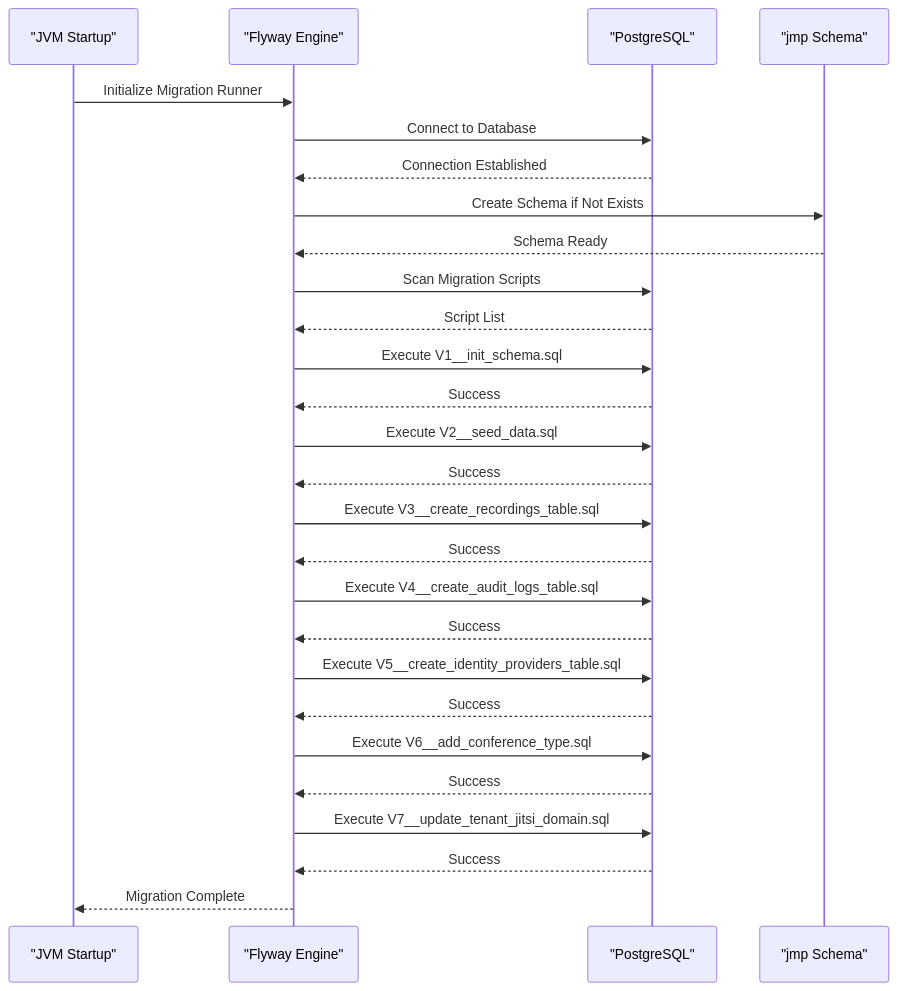
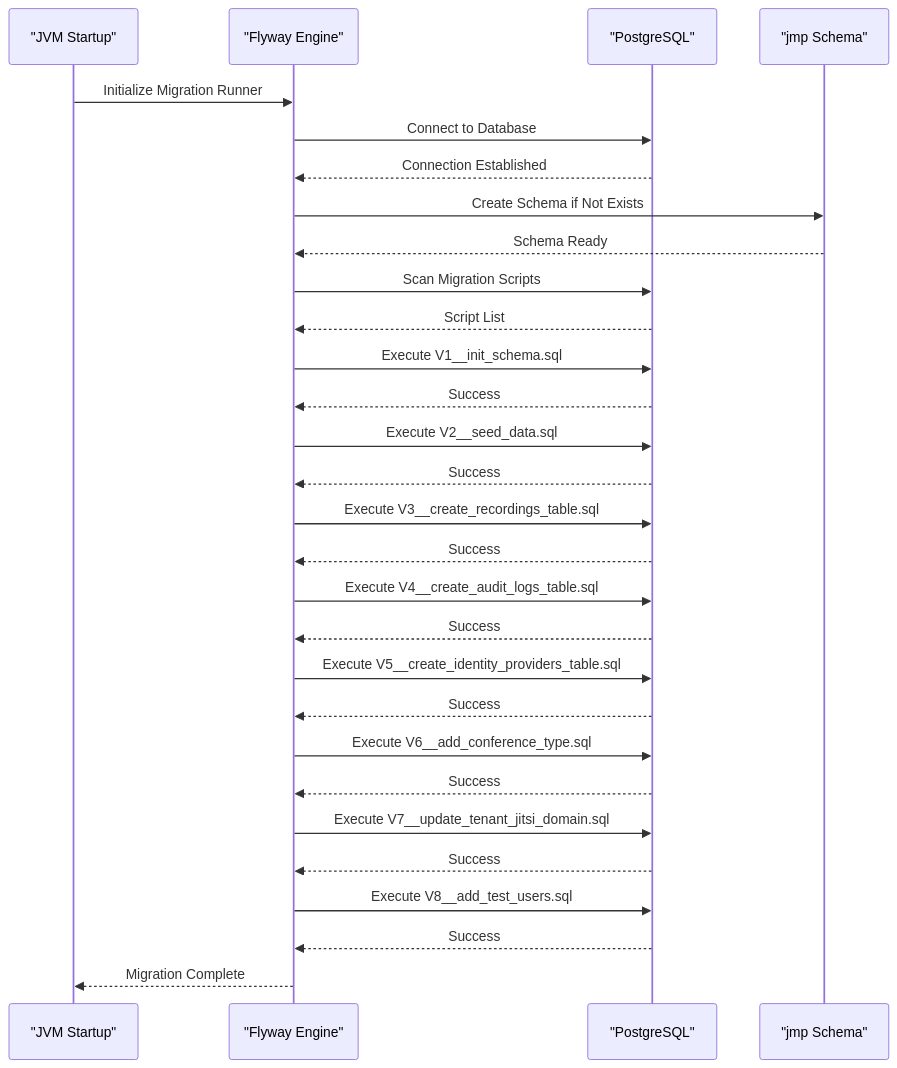
One commit to Vostrikov2014/vks-qoder changed the eighth of 11 diagrams in .qoder/repowiki/en/content/Database Migrations.md. Above: the diagram before and after it, drawn with Mermaid. The commit also changed other lines of this file and 11 other files, not shown here.

````diff
--- a/.qoder/repowiki/en/content/Database Migrations.md
+++ b/.qoder/repowiki/en/content/Database Migrations.md
@@ -311,29 +365,31 @@
 ```mermaid
 sequenceDiagram
 participant JVM as "JVM Startup"
 participant Flyway as "Flyway Engine"
 participant DB as "PostgreSQL"
 participant Schema as "jmp Schema"
 JVM->>Flyway : Initialize Migration Runner
 Flyway->>DB : Connect to Database
 DB-->>Flyway : Connection Established
 Flyway->>Schema : Create Schema if Not Exists
 Schema-->>Flyway : Schema Ready
 Flyway->>DB : Scan Migration Scripts
 DB-->>Flyway : Script List
 Flyway->>DB : Execute V1__init_schema.sql
 DB-->>Flyway : Success
 Flyway->>DB : Execute V2__seed_data.sql
 DB-->>Flyway : Success
 Flyway->>DB : Execute V3__create_recordings_table.sql
 DB-->>Flyway : Success
 Flyway->>DB : Execute V4__create_audit_logs_table.sql
 DB-->>Flyway : Success
 Flyway->>DB : Execute V5__create_identity_providers_table.sql
 DB-->>Flyway : Success
 Flyway->>DB : Execute V6__add_conference_type.sql
 DB-->>Flyway : Success
 Flyway->>DB : Execute V7__update_tenant_jitsi_domain.sql
 DB-->>Flyway : Success
+Flyway->>DB : Execute V8__add_test_users.sql
+DB-->>Flyway : Success
 Flyway-->>JVM : Migration Complete
 ```
````
